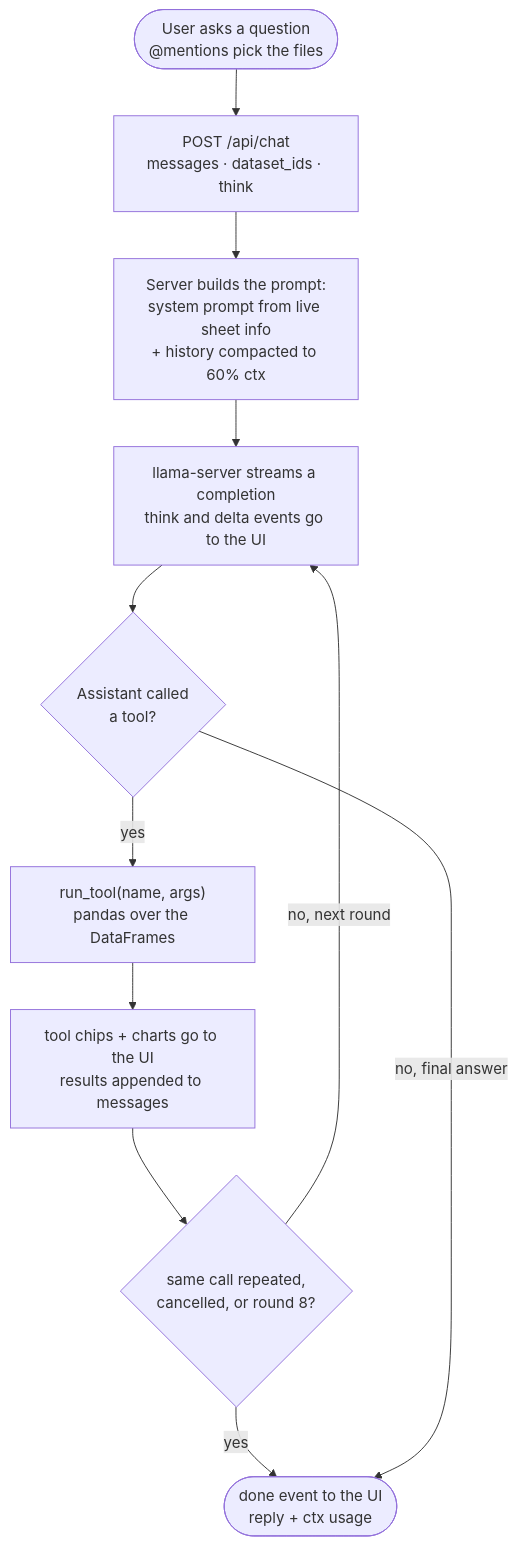
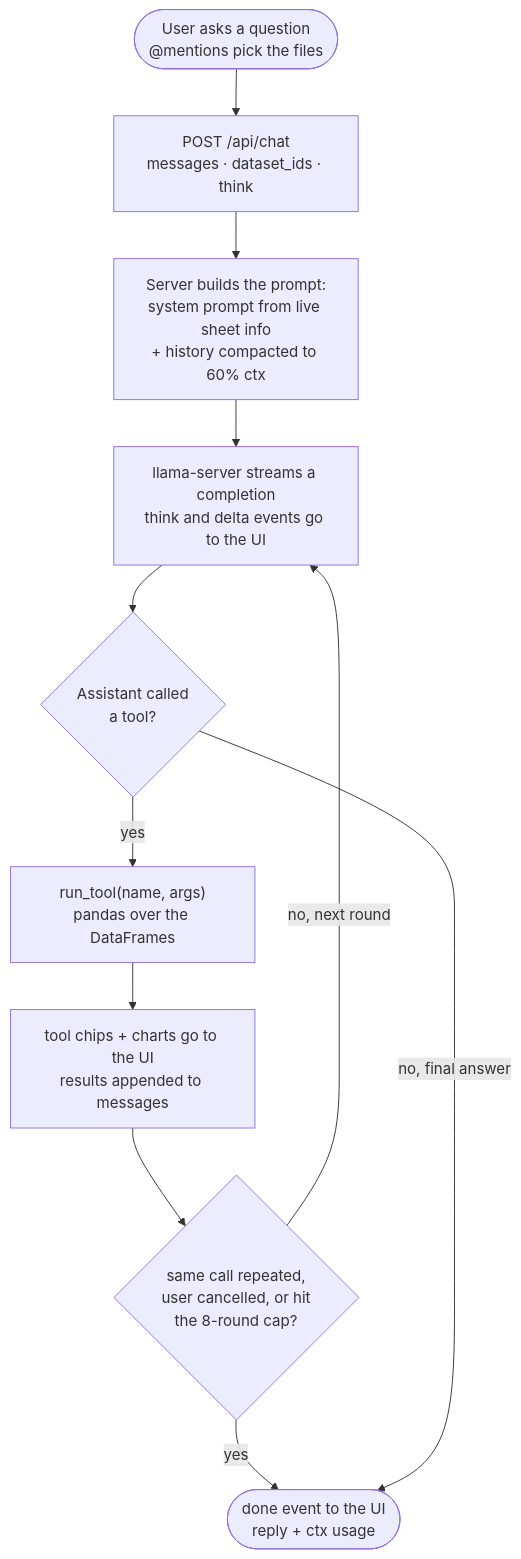
One commit to shuhailycasan/tabitha changed the second of 2 diagrams in README.md. Above: the diagram before and after it, drawn with Mermaid.

Commit message:
Clarify the 8-round cap in the loop diagram
Generated with [Devin](https://devin.ai)

````diff
--- a/README.md
+++ b/README.md
@@ -94,13 +94,13 @@
 ```mermaid
 flowchart TD
     A(["User asks a question<br>@mentions pick the files"]) --> B["POST /api/chat<br>messages · dataset_ids · think"]
     B --> C["Server builds the prompt:<br>system prompt from live sheet info<br>+ history compacted to 60% ctx"]
     C --> D["llama-server streams a completion<br>think and delta events go to the UI"]
     D --> E{Assistant called<br>a tool?}
     E -- "yes" --> F["run_tool(name, args)<br>pandas over the DataFrames"]
     F --> G["tool chips + charts go to the UI<br>results appended to messages"]
-    G --> H{"same call repeated,<br>cancelled, or round 8?"}
+    G --> H{"same call repeated,<br>user cancelled, or hit<br>the 8-round cap?"}
     H -- "no, next round" --> D
     H -- "yes" --> Z(["done event to the UI<br>reply + ctx usage"])
     E -- "no, final answer" --> Z
 ```
````
